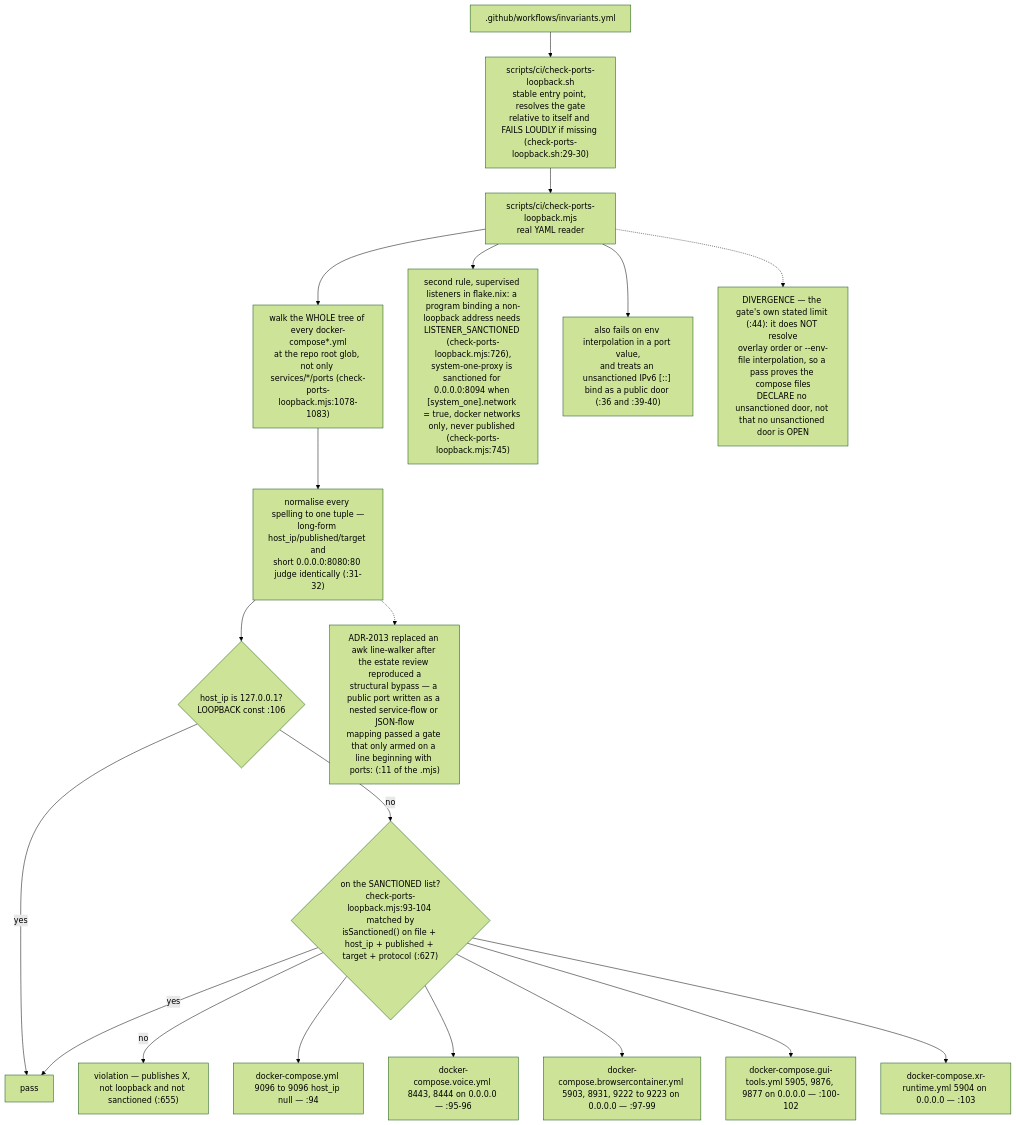
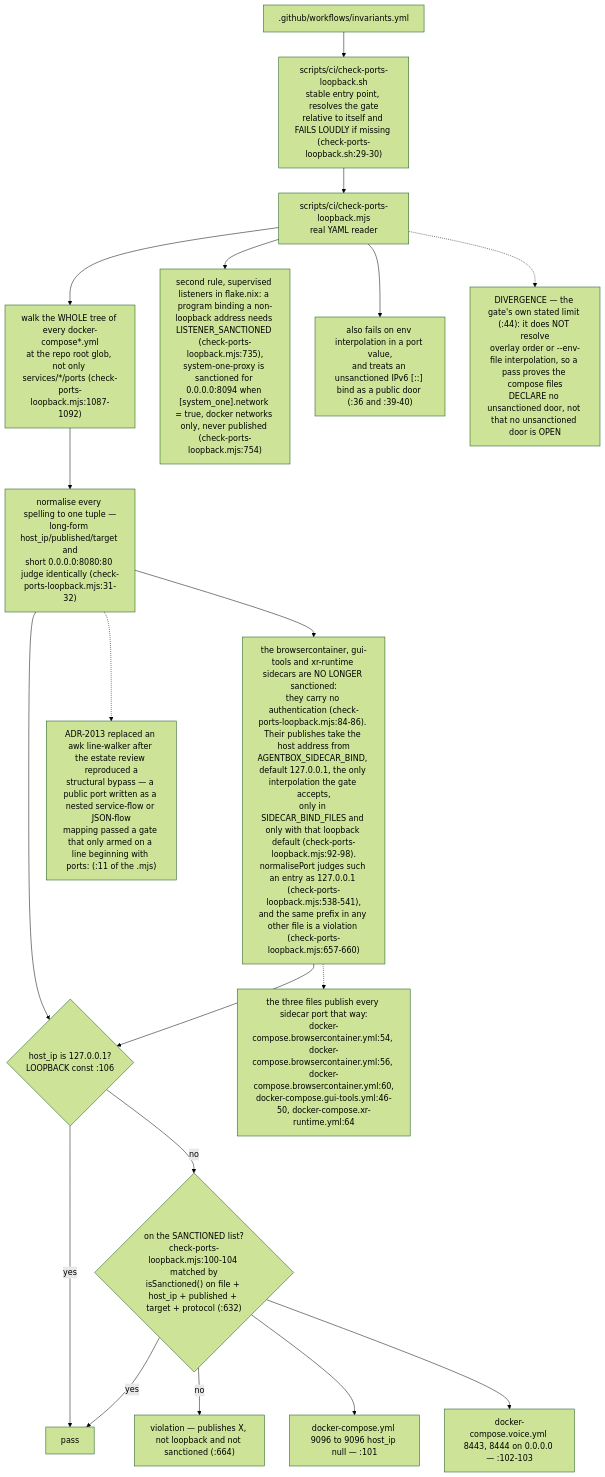
Before and after one commit to DreamLab-AI/VisionFlow: the second of 14 diagrams in docs/diagrams/agentbox/06-sidecars-and-compose-overlays.md, drawn with Mermaid (forest theme). The commit also changed other lines of this file, not shown here.

````diff
--- a/docs/diagrams/agentbox/06-sidecars-and-compose-overlays.md
+++ b/docs/diagrams/agentbox/06-sidecars-and-compose-overlays.md
@@ -93,21 +93,21 @@
 ```mermaid
 flowchart TD
     CI[".github/workflows/invariants.yml"] --> W["scripts/ci/check-ports-loopback.sh<br/>stable entry point, resolves the gate<br/>relative to itself and FAILS LOUDLY if missing (check-ports-loopback.sh:29-30)"]
     W --> G["scripts/ci/check-ports-loopback.mjs<br/>real YAML reader"]
-    G --> WALK["walk the WHOLE tree of every docker-compose*.yml<br/>at the repo root glob, not only services/*/ports (check-ports-loopback.mjs:1078-1083)"]
-    WALK --> NORM["normalise every spelling to one tuple —<br/>long-form host_ip/published/target and<br/>short 0.0.0.0:8080:80 judge identically (:31-32)"]
+    G --> WALK["walk the WHOLE tree of every docker-compose*.yml<br/>at the repo root glob, not only services/*/ports (check-ports-loopback.mjs:1087-1092)"]
+    WALK --> NORM["normalise every spelling to one tuple —<br/>long-form host_ip/published/target and<br/>short 0.0.0.0:8080:80 judge identically (check-ports-loopback.mjs:31-32)"]
     NORM --> J{"host_ip is 127.0.0.1?<br/>LOOPBACK const :106"}
     J -->|yes| PASS["pass"]
-    J -->|no| S{"on the SANCTIONED list?<br/>check-ports-loopback.mjs:93-104 matched by<br/>isSanctioned() on file + host_ip + published + target + protocol (:627)"}
+    J -->|no| S{"on the SANCTIONED list?<br/>check-ports-loopback.mjs:100-104 matched by<br/>isSanctioned() on file + host_ip + published + target + protocol (:632)"}
     S -->|yes| PASS
-    S -->|no| FAIL["violation — publishes X, not loopback and not sanctioned (:655)"]
-    S --> L1["docker-compose.yml 9096 to 9096 host_ip null — :94"]
-    S --> L2["docker-compose.voice.yml 8443, 8444 on 0.0.0.0 — :95-96"]
-    S --> L3["docker-compose.browsercontainer.yml 5903, 8931, 9222 to 9223 on 0.0.0.0 — :97-99"]
-    S --> L4["docker-compose.gui-tools.yml 5905, 9876, 9877 on 0.0.0.0 — :100-102"]
-    S --> L5["docker-compose.xr-runtime.yml 5904 on 0.0.0.0 — :103"]
-    G --> LST["second rule, supervised listeners in flake.nix: a program binding a non-loopback address needs LISTENER_SANCTIONED (check-ports-loopback.mjs:726),<br/>system-one-proxy is sanctioned for 0.0.0.0:8094 when [system_one].network = true, docker networks only, never published (check-ports-loopback.mjs:745)"]
+    S -->|no| FAIL["violation — publishes X, not loopback and not sanctioned (:664)"]
+    S --> L1["docker-compose.yml 9096 to 9096 host_ip null — :101"]
+    S --> L2["docker-compose.voice.yml 8443, 8444 on 0.0.0.0 — :102-103"]
+    NORM --> SB["the browsercontainer, gui-tools and xr-runtime sidecars are NO LONGER sanctioned:<br/>they carry no authentication (check-ports-loopback.mjs:84-86). Their publishes take the host address from<br/>AGENTBOX_SIDECAR_BIND, default 127.0.0.1, the only interpolation the gate accepts,<br/>only in SIDECAR_BIND_FILES and only with that loopback default (check-ports-loopback.mjs:92-98).<br/>normalisePort judges such an entry as 127.0.0.1 (check-ports-loopback.mjs:538-541),<br/>and the same prefix in any other file is a violation (check-ports-loopback.mjs:657-660)"]
+    SB --> J
+    SB -.-> SBF["the three files publish every sidecar port that way:<br/>docker-compose.browsercontainer.yml:54, docker-compose.browsercontainer.yml:56, docker-compose.browsercontainer.yml:60,<br/>docker-compose.gui-tools.yml:46-50, docker-compose.xr-runtime.yml:64"]
+    G --> LST["second rule, supervised listeners in flake.nix: a program binding a non-loopback address needs LISTENER_SANCTIONED (check-ports-loopback.mjs:735),<br/>system-one-proxy is sanctioned for 0.0.0.0:8094 when [system_one].network = true, docker networks only, never published (check-ports-loopback.mjs:754)"]
     G --> ALSO["also fails on env interpolation in a port value,<br/>and treats an unsanctioned IPv6 [::] bind as a public door (:36 and :39-40)"]
     G -.-> LIM["DIVERGENCE — the gate's own stated limit (:44): it does NOT resolve<br/>overlay order or --env-file interpolation, so a pass proves the compose files<br/>DECLARE no unsanctioned door, not that no unsanctioned door is OPEN"]
     NORM -.-> HIST["ADR-2013 replaced an awk line-walker after the estate review reproduced a<br/>structural bypass — a public port written as a nested service-flow or JSON-flow<br/>mapping passed a gate that only armed on a line beginning with ports: (:11 of the .mjs)"]
 ```
````
